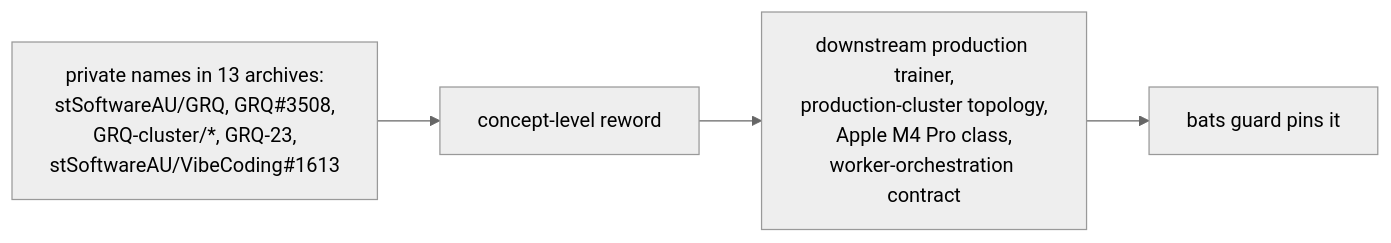
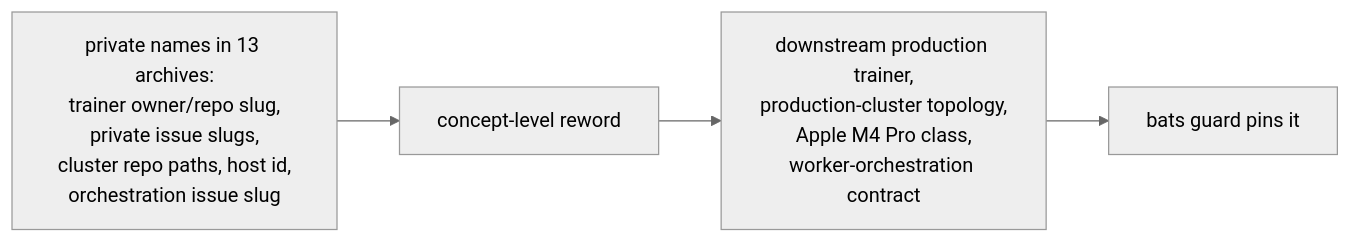
Before and after one commit to stSoftwareAU/NEAT-AI-core: the diagram in docs/archive/pr-summaries/pr-summary-378.md, drawn with Mermaid (neutral theme). The commit also changed other lines of this file and 10 other files, not shown here.

First line of the commit message:
🟢 Reword GRQ/VibeCoding mentions in archived audit-fix pr-summary-373..378, 546 to concept level (Issue #664) (#669)

````diff
--- a/docs/archive/pr-summaries/pr-summary-378.md
+++ b/docs/archive/pr-summaries/pr-summary-378.md
@@ -73,6 +73,6 @@
 ```mermaid
 flowchart LR
-    A["private names in 13 archives:<br/>stSoftwareAU/GRQ, GRQ#3508,<br/>GRQ-cluster/*, GRQ-23,<br/>stSoftwareAU/VibeCoding#1613"] --> B["concept-level reword"]
+    A["private names in 13 archives:<br/>trainer owner/repo slug,<br/>private issue slugs,<br/>cluster repo paths, host id,<br/>orchestration issue slug"] --> B["concept-level reword"]
     B --> C["downstream production trainer,<br/>production-cluster topology,<br/>Apple M4 Pro class,<br/>worker-orchestration contract"]
     C --> D["bats guard pins it"]
 ```
````
